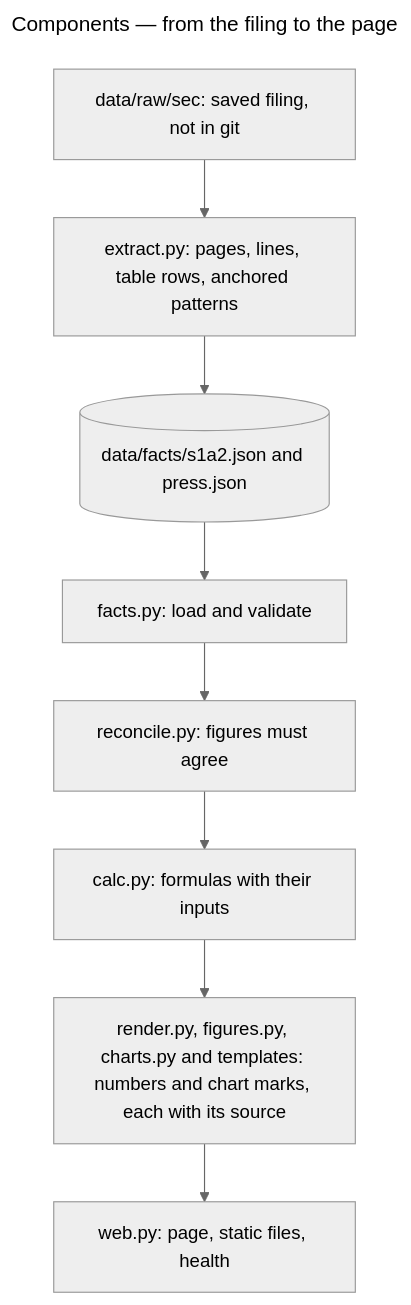
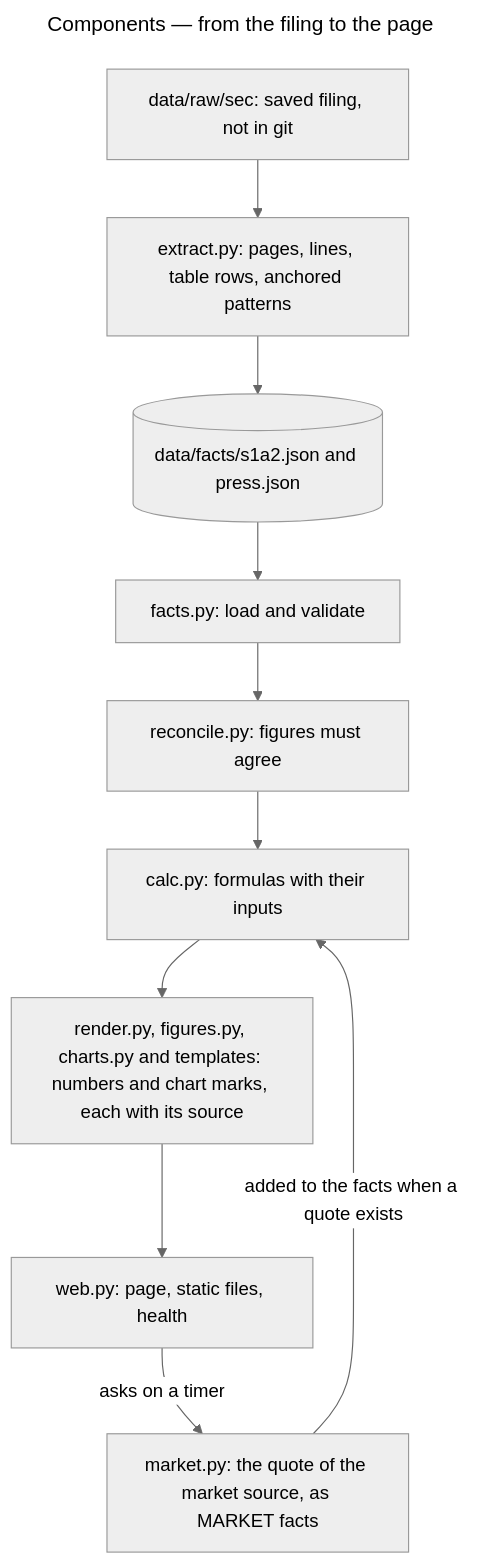
Before and after one commit to sonixz/monitor-anthropic-ipo: the second of 3 diagrams in ARCHITECTURE.md, drawn with Mermaid (neutral theme). The commit also changed other lines of this file and 35 other files, not shown here.

````diff
--- a/ARCHITECTURE.md
+++ b/ARCHITECTURE.md
@@ -35,15 +37,18 @@
 ```mermaid
 ---
 title: Components — from the filing to the page
 ---
 flowchart TB
   raw["data/raw/sec: saved filing, not in git"]
   extract["extract.py: pages, lines, table rows, anchored patterns"]
   facts[("data/facts/s1a2.json and press.json")]
   load["facts.py: load and validate"]
   reconcile["reconcile.py: figures must agree"]
   calc["calc.py: formulas with their inputs"]
+  market["market.py: the quote of the market source, as MARKET facts"]
   render["render.py, figures.py, charts.py and templates: numbers and chart marks, each with its source"]
   web["web.py: page, static files, health"]
   raw --> extract --> facts --> load --> reconcile --> calc --> render --> web
+  market -->|"added to the facts when a quote exists"| calc
+  web -->|"asks on a timer"| market
 ```
````
